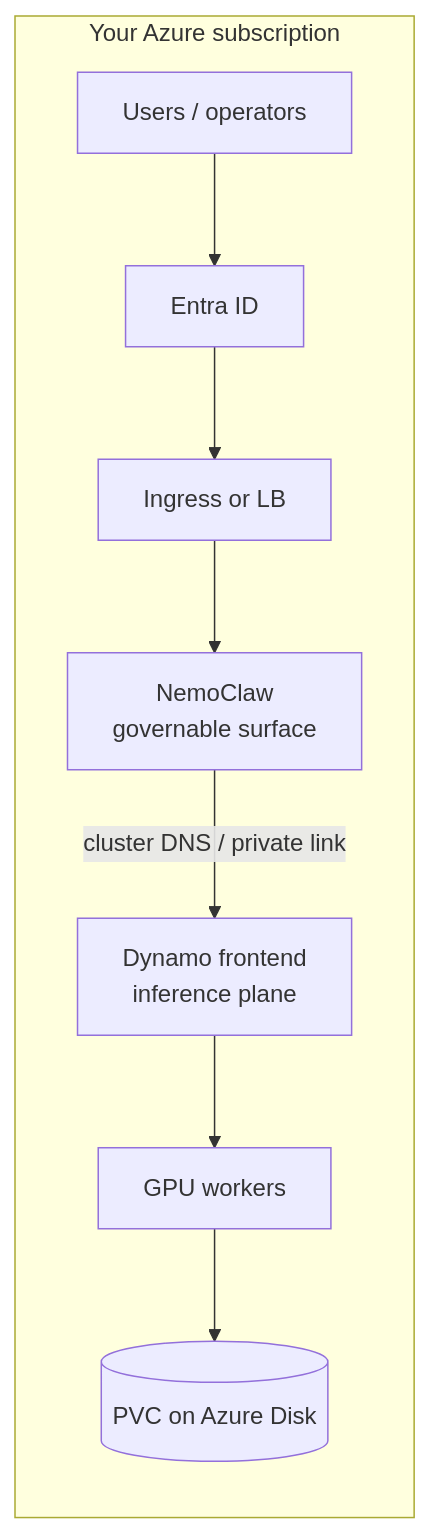
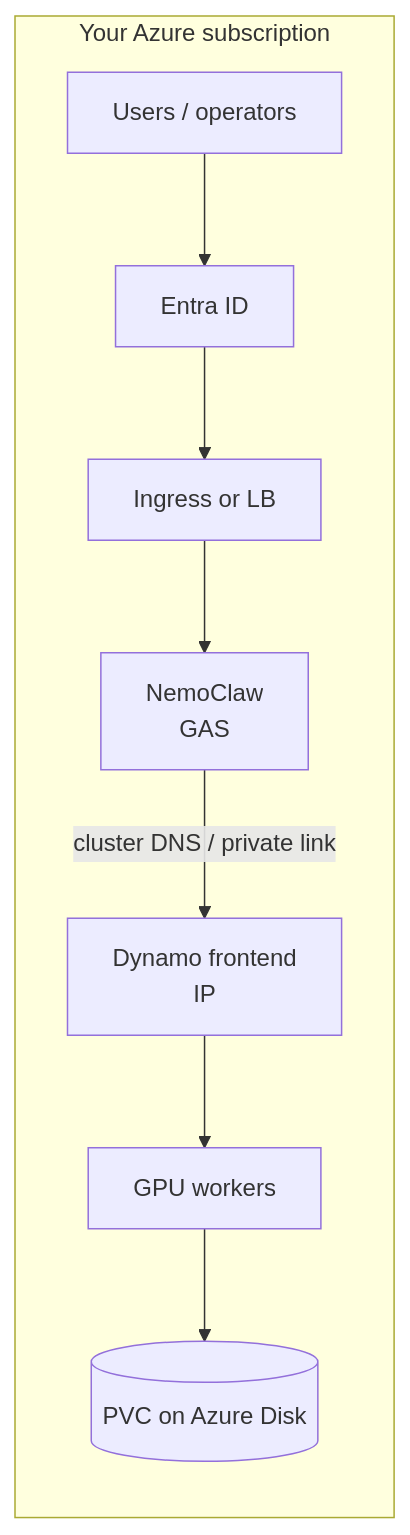
Before and after one commit to NVIDIA/nim-deploy: the third of 8 diagrams in cloud-service-providers/azure/workshops/aks-nemoclaw/README.md, drawn with Mermaid. The commit also changed other lines of this file and 1 other file, not shown here.

````diff
--- a/cloud-service-providers/azure/workshops/aks-nemoclaw/README.md
+++ b/cloud-service-providers/azure/workshops/aks-nemoclaw/README.md
@@ -117,12 +132,12 @@
 ```mermaid
 flowchart LR
   subgraph Sub["Your Azure subscription"]
     U[Users / operators]
     U --> EID[Entra ID]
     EID --> ING[Ingress or LB]
-    ING --> NC[NemoClaw<br/>governable surface]
-    NC -->|cluster DNS / private link| FE[Dynamo frontend<br/>inference plane]
+    ING --> NC[NemoClaw<br/>GAS]
+    NC -->|cluster DNS / private link| FE[Dynamo frontend<br/>IP]
     FE --> WRK[GPU workers]
     WRK --> VOL[(PVC on Azure Disk)]
   end
 ```
````
